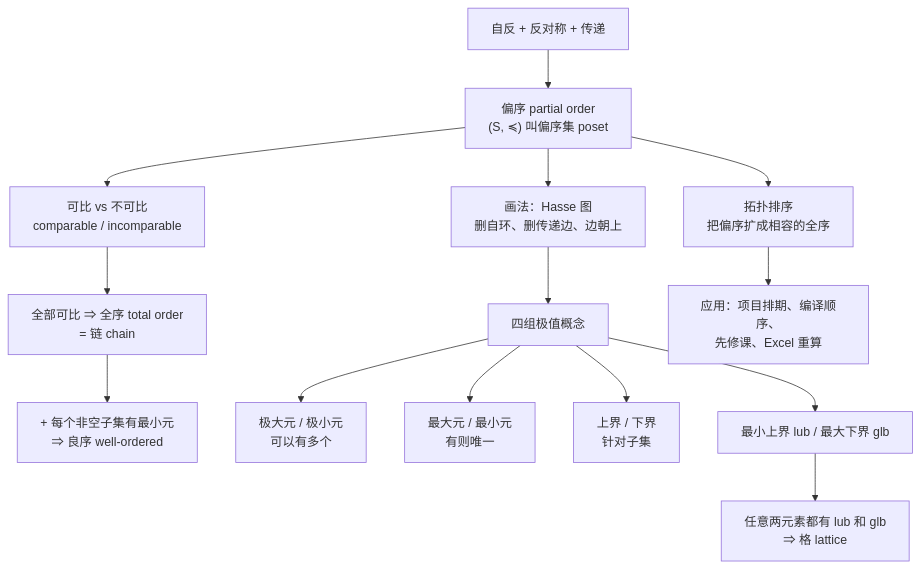
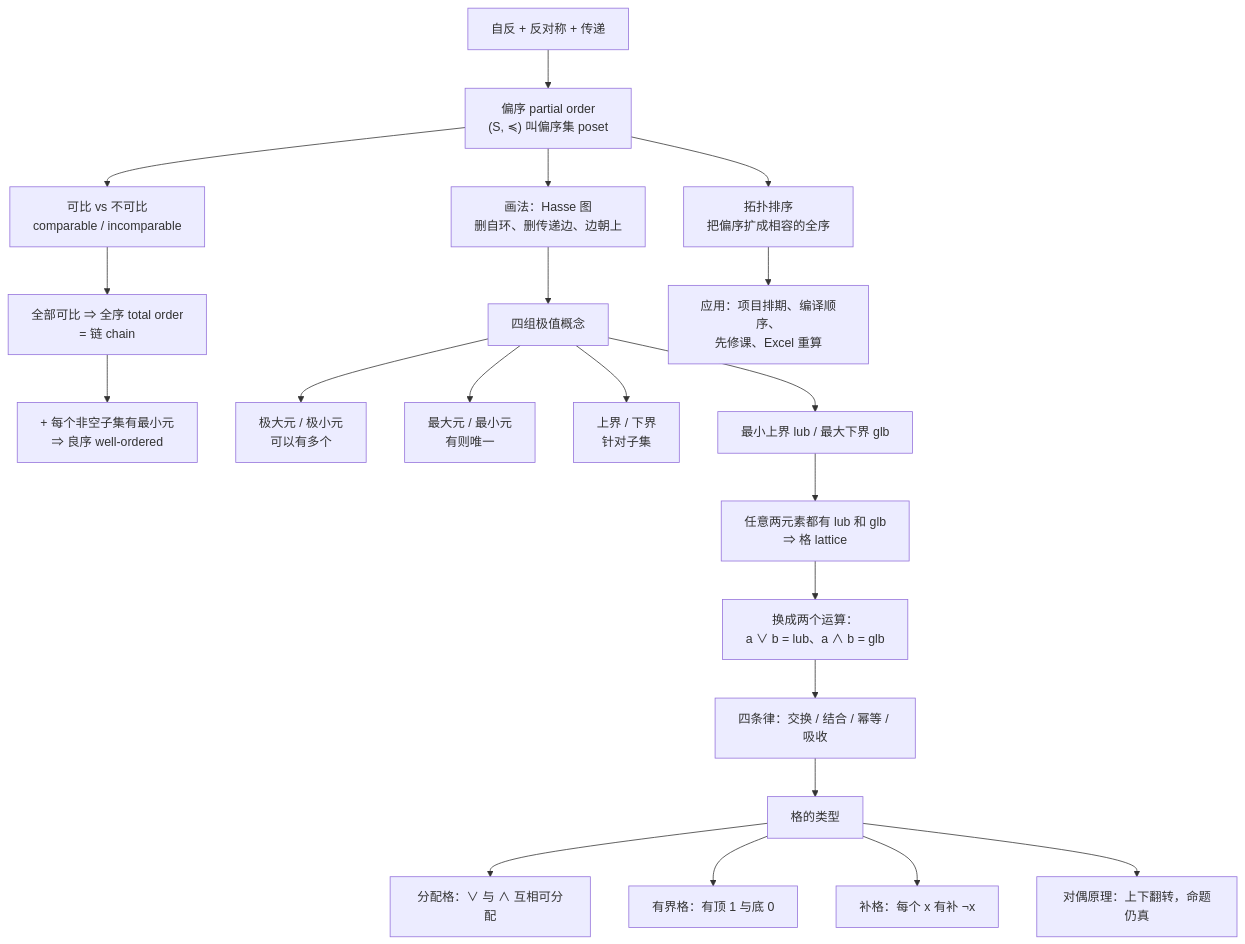
One commit to KayeAdams515/ClaudeNotes changed the diagram in 离散数学/C9.6 偏序 Partial Orderings.md. Above: the diagram before and after it, drawn with Mermaid. The commit also changed other lines of this file and 777 other files, not shown here.

````diff
--- a/离散数学/C9.6 偏序 Partial Orderings.md
+++ b/离散数学/C9.6 偏序 Partial Orderings.md
@@ -35,16 +36,23 @@
 ```mermaid
 graph TD
     A["自反 + 反对称 + 传递"] --> B["偏序 partial order<br/>(S, ≼) 叫偏序集 poset"]
     B --> C["可比 vs 不可比<br/>comparable / incomparable"]
     C --> C1["全部可比 ⇒ 全序 total order<br/>= 链 chain"]
     C1 --> C2["+ 每个非空子集有最小元<br/>⇒ 良序 well-ordered"]
     B --> D["画法：Hasse 图<br/>删自环、删传递边、边朝上"]
     D --> E["四组极值概念"]
     E --> E1["极大元 / 极小元<br/>可以有多个"]
     E --> E2["最大元 / 最小元<br/>有则唯一"]
     E --> E3["上界 / 下界<br/>针对子集"]
     E --> E4["最小上界 lub / 最大下界 glb"]
     E4 --> F["任意两元素都有 lub 和 glb<br/>⇒ 格 lattice"]
+    F --> F1["换成两个运算：<br/>a ∨ b = lub、a ∧ b = glb"]
+    F1 --> F2["四条律：交换 / 结合 / 幂等 / 吸收"]
+    F2 --> F3["格的类型"]
+    F3 --> F31["分配格：∨ 与 ∧ 互相可分配"]
+    F3 --> F32["有界格：有顶 1 与底 0"]
+    F3 --> F33["补格：每个 x 有补 ¬x"]
+    F3 --> F34["对偶原理：上下翻转，命题仍真"]
     B --> G["拓扑排序<br/>把偏序扩成相容的全序"]
     G --> G1["应用：项目排期、编译顺序、<br/>先修课、Excel 重算"]
 ```
````
